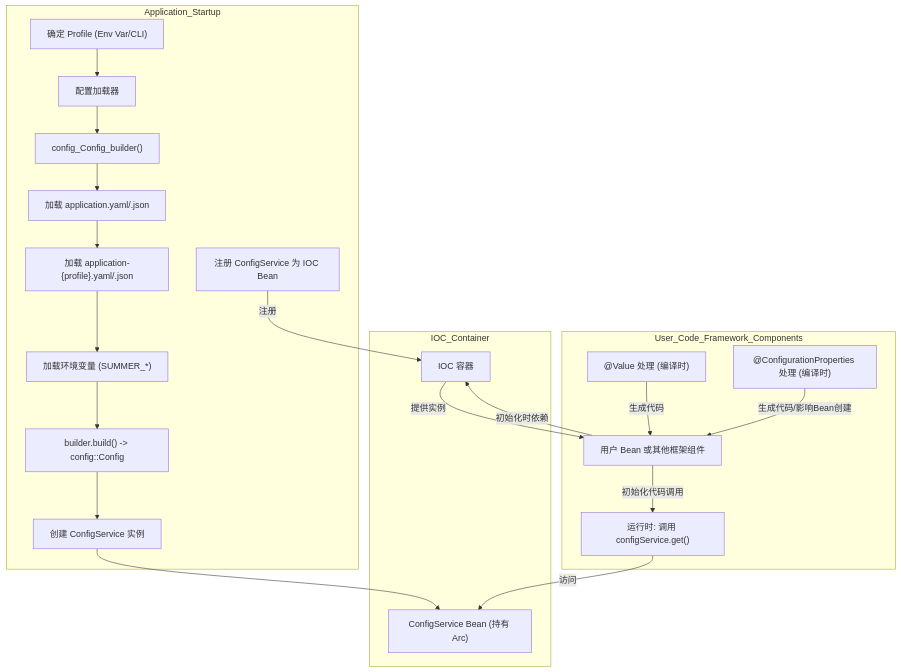
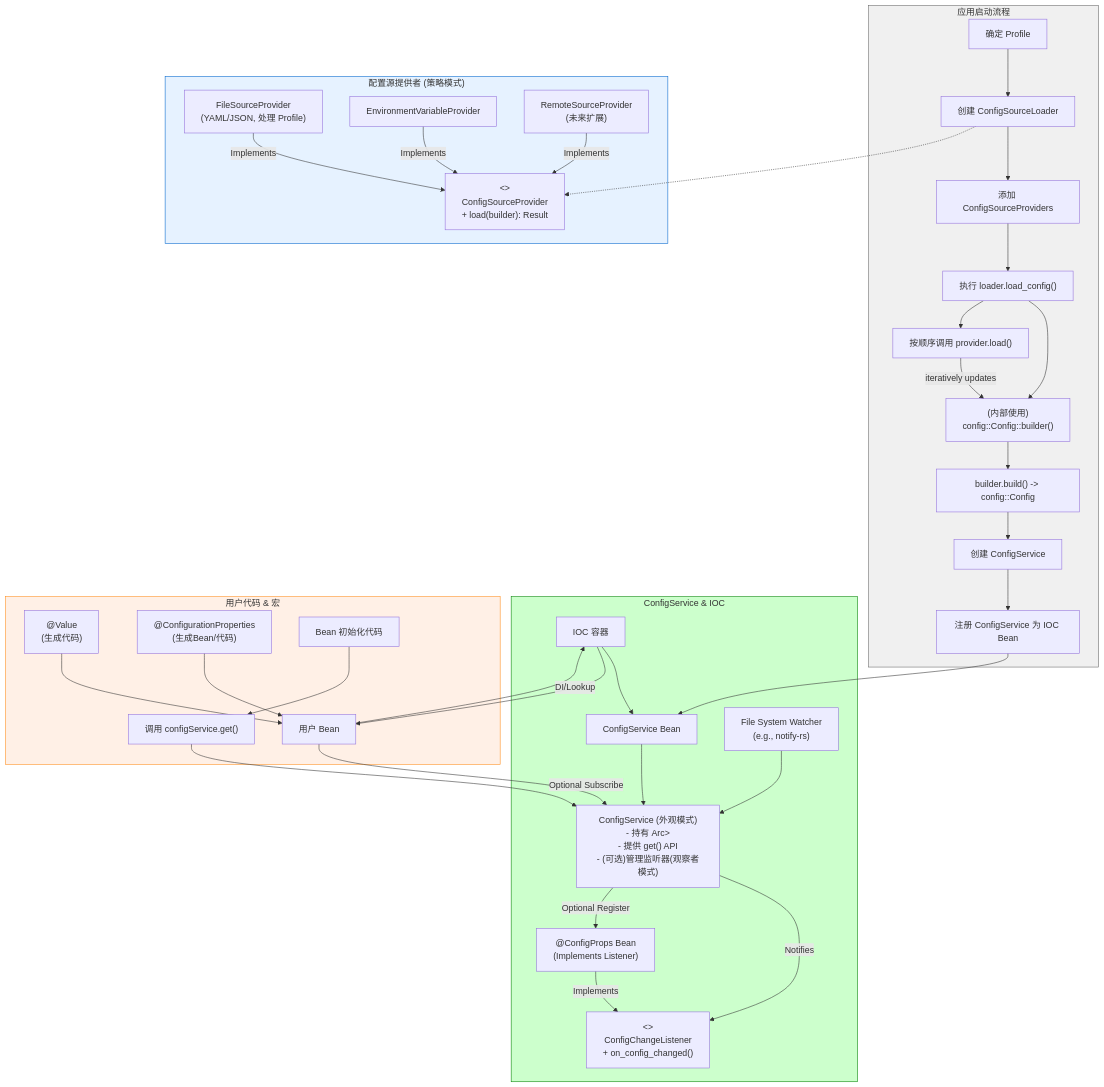
Before and after one commit to faustofanb/summer: the diagram in docs/src/详细设计/2. 配置模块设计说明书.md, drawn with Mermaid. The commit also changed other lines of this file and 14 other files, not shown here.

````diff
--- a/docs/src/详细设计/2. 配置模块设计说明书.md
+++ b/docs/src/详细设计/2. 配置模块设计说明书.md
@@ -64,45 +72,58 @@
 ```mermaid
-flowchart TD
-    subgraph Application_Startup
-        DetermineProfile["确定 Profile (Env Var/CLI)"]
-        Loader["配置加载器"]
-        BuildConfig["config_Config_builder()"]
-        ConfigFileDefault["加载 application.yaml/.json"]
-        ConfigFileProfile["加载 application-{profile}.yaml/.json"]
-        EnvVars["加载环境变量 (SUMMER_*)"]
-        BuildInstance["builder.build() -> config::Config"]
-        CreateService["创建 ConfigService 实例"]
-        RegisterBean["注册 ConfigService 为 IOC Bean"]
-    end
+%%{init: { "securityLevel": "loose", "theme": "default" }}%%
+graph TD
 
-    subgraph IOC_Container
-        IoC["IOC 容器"]
-        ConfigServiceBean["ConfigService Bean (持有 Arc<config::Config>)"]
-    end
+  %% Application Startup & Config Loading
+  subgraph AppStartup["应用启动流程"]
+    DetermineProfile["确定 Profile"] --> ConfigSourceLoaderInst
+    ConfigSourceLoaderInst["创建 ConfigSourceLoader"] --> AddProviders["添加 ConfigSourceProviders"]
+    AddProviders --> ExecuteLoading["执行 loader.load_config()"]
+    ExecuteLoading --> BuildConfig["(内部使用)<br>config::Config::builder()"]
+    ExecuteLoading --> ProviderExecution["按顺序调用 provider.load()"]
+    ProviderExecution -- iteratively updates --> BuildConfig
+    BuildConfig --> BuildInstance["builder.build() -> config::Config"]
+    BuildInstance --> CreateService["创建 ConfigService"]
+    CreateService --> RegisterBean["注册 ConfigService 为 IOC Bean"]
+  end
 
-    subgraph User_Code_Framework_Components
-        UserBean["用户 Bean 或其他框架组件"]
-        ValueMacro["@Value 处理 (编译时)"]
-        ConfigPropsMacro["@ConfigurationProperties 处理 (编译时)"]
-        GetValueCall["运行时: 调用 configService.get<T>()"]
-    end
+  %% Config Source Providers (Strategy Pattern)
+  subgraph ConfigProviders["配置源提供者 (策略模式)"]
+    ConfigSourceProviderTrait["<<Interface>>\nConfigSourceProvider\n+ load(builder): Result<Builder>"]
+    FileProvider["FileSourceProvider\n(YAML/JSON, 处理 Profile)"] -- Implements --> ConfigSourceProviderTrait
+    EnvProvider["EnvironmentVariableProvider"] -- Implements --> ConfigSourceProviderTrait
+    RemoteProvider["RemoteSourceProvider\n(未来扩展)"] -- Implements --> ConfigSourceProviderTrait
+  end
 
-    DetermineProfile --> Loader
-    Loader --> BuildConfig
-    BuildConfig --> ConfigFileDefault
-    ConfigFileDefault --> ConfigFileProfile
-    ConfigFileProfile --> EnvVars
-    EnvVars --> BuildInstance
-    BuildInstance --> CreateService
-    CreateService --> ConfigServiceBean
-    RegisterBean -- "注册" --> IoC
+  %% Config Service & IOC
+  subgraph ConfigServiceIOC["ConfigService & IOC"]
+    ConfigService["ConfigService (外观模式)\n- 持有 Arc<RwLock<config::Config>>\n- 提供 get<T>() API\n- (可选)管理监听器(观察者模式)"]
+    IoC["IOC 容器"] --> ConfigServiceInstance["ConfigService Bean"]
+    ConfigServiceInstance --> ConfigService
+    RegisterBean --> ConfigServiceInstance
+    %% Hot Reload Components (Optional)
+    FileWatcher["File System Watcher\n(e.g., notify-rs)"] --> ConfigService -- Notifies --> ChangeListenerTrait
+    ChangeListenerTrait["<<Interface>>\nConfigChangeListener\n+ on_config_changed()"]
+    ConfigPropsBeanObserver["@ConfigProps Bean\n(Implements Listener)"] -- Implements --> ChangeListenerTrait
+  end
 
-    ValueMacro -- "生成代码" --> UserBean
-    ConfigPropsMacro -- "生成代码/影响Bean创建" --> UserBean
-    UserBean -- "初始化时依赖" --> IoC
-    IoC -- "提供实例" --> UserBean
-    UserBean -- "初始化代码调用" --> GetValueCall
-    GetValueCall -- "访问" --> ConfigServiceBean
+  %% User Code & Macros
+  subgraph UserCodeMacros["用户代码 & 宏"]
+    UserBean["用户 Bean"]
+    ValueMacro["@Value<br>(生成代码)"] --> UserBean
+    ConfigPropsMacro["@ConfigurationProperties<br>(生成Bean/代码)"] --> UserBean
+    UserBean -- DI/Lookup --> IoC
+    IoC --> UserBean
+    UserBeanInit["Bean 初始化代码"] --> GetValueCall["调用 configService.get()"]
+    GetValueCall --> ConfigService
+    UserBean -- Optional Subscribe --> ConfigService -- Optional Register --> ConfigPropsBeanObserver
+  end
 
+  %% Connections
+  ConfigSourceLoaderInst -.-> ConfigSourceProviderTrait
+
+  style ConfigProviders fill:#e6f2ff,stroke:#0066cc;
+  style ConfigServiceIOC fill:#ccffcc,stroke:#008000;
+  style UserCodeMacros fill:#fff0e6,stroke:#ff8c1a;
+  style AppStartup fill:#f0f0f0,stroke:#666;
 
 ```
````
